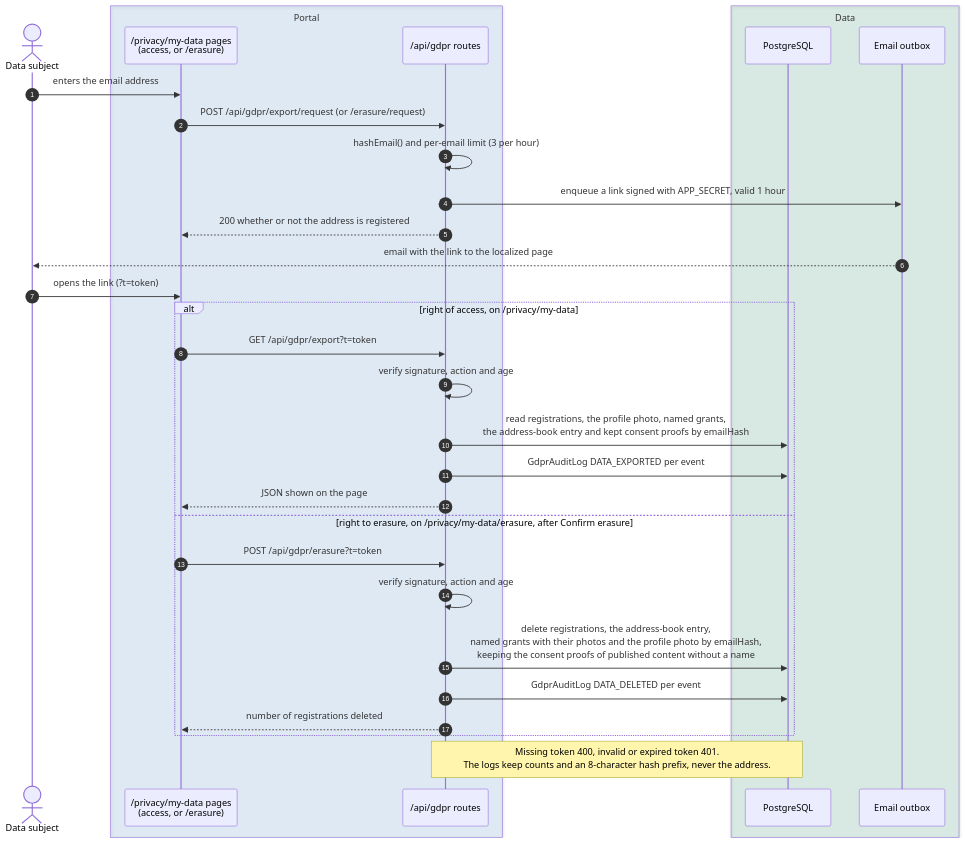
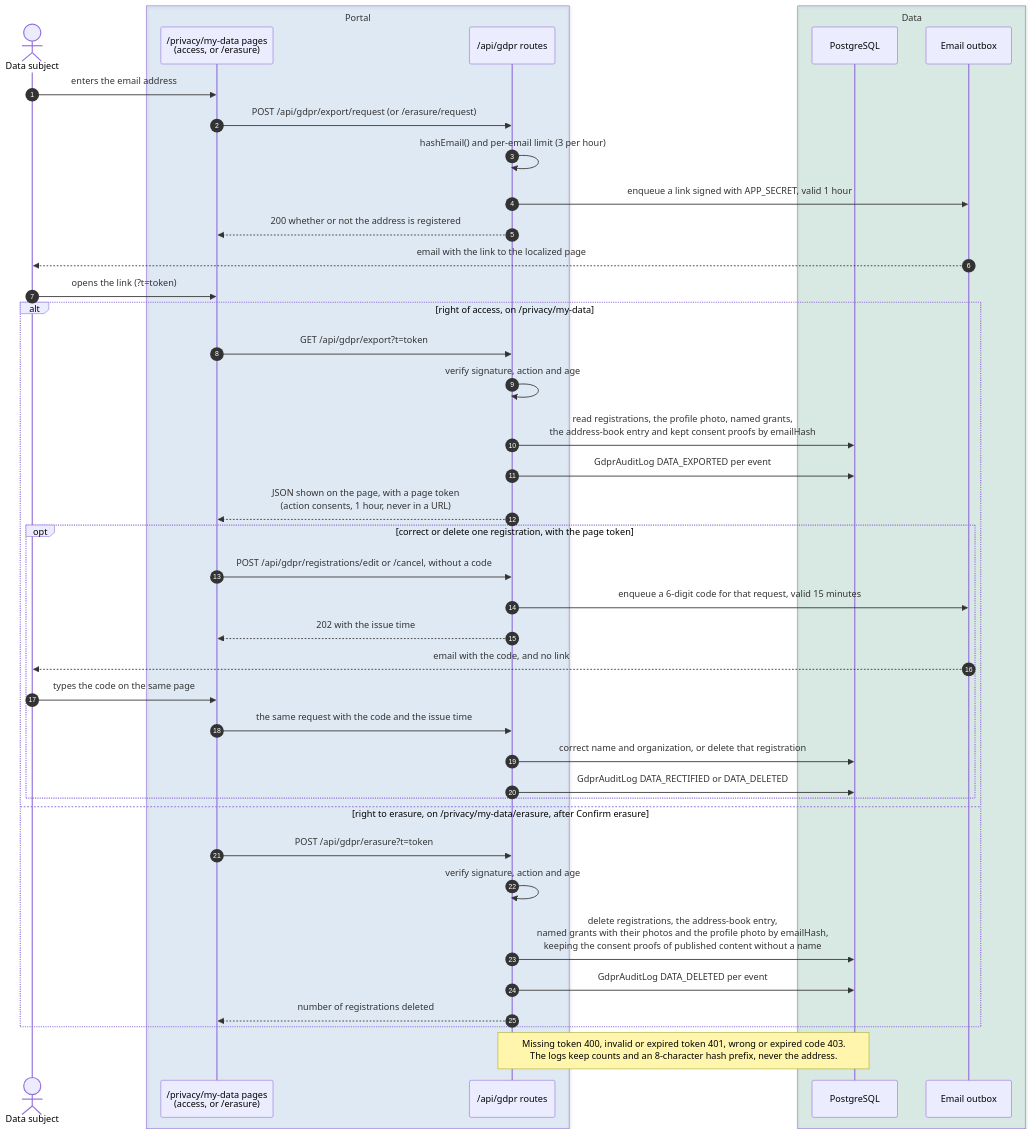
The third of 3 diagrams in docs/GDPR.md (italia/pa-webinar), drawn with Mermaid before and after one commit. The commit also changed other lines of this file and 7 other files, not shown here.

First line of the commit message:
docs(gdpr): document consents, corrections and deletions in My data

````diff
--- a/docs/GDPR.md
+++ b/docs/GDPR.md
@@ -410,35 +416,45 @@
 ```mermaid
 sequenceDiagram
   autonumber
   actor P as Data subject
   box rgba(0,102,204,0.10) Portal
     participant W as /privacy/my-data pages<br/>(access, or /erasure)
     participant API as /api/gdpr routes
   end
   box rgba(0,128,85,0.12) Data
     participant DB as PostgreSQL
     participant OB as Email outbox
   end
 
   P->>W: enters the email address
   W->>API: POST /api/gdpr/export/request (or /erasure/request)
   API->>API: hashEmail() and per-email limit (3 per hour)
   API->>OB: enqueue a link signed with APP_SECRET, valid 1 hour
   API-->>W: 200 whether or not the address is registered
   OB-->>P: email with the link to the localized page
   P->>W: opens the link (?t=token)
   alt right of access, on /privacy/my-data
     W->>API: GET /api/gdpr/export?t=token
     API->>API: verify signature, action and age
     API->>DB: read registrations, the profile photo, named grants,<br/>the address-book entry and kept consent proofs by emailHash
     API->>DB: GdprAuditLog DATA_EXPORTED per event
-    API-->>W: JSON shown on the page
+    API-->>W: JSON shown on the page, with a page token<br/>(action consents, 1 hour, never in a URL)
+    opt correct or delete one registration, with the page token
+      W->>API: POST /api/gdpr/registrations/edit or /cancel, without a code
+      API->>OB: enqueue a 6-digit code for that request, valid 15 minutes
+      API-->>W: 202 with the issue time
+      OB-->>P: email with the code, and no link
+      P->>W: types the code on the same page
+      W->>API: the same request with the code and the issue time
+      API->>DB: correct name and organization, or delete that registration
+      API->>DB: GdprAuditLog DATA_RECTIFIED or DATA_DELETED
+    end
   else right to erasure, on /privacy/my-data/erasure, after Confirm erasure
     W->>API: POST /api/gdpr/erasure?t=token
     API->>API: verify signature, action and age
     API->>DB: delete registrations, the address-book entry,<br/>named grants with their photos and the profile photo by emailHash,<br/>keeping the consent proofs of published content without a name
     API->>DB: GdprAuditLog DATA_DELETED per event
     API-->>W: number of registrations deleted
   end
-  Note over API,DB: Missing token 400, invalid or expired token 401.<br/>The logs keep counts and an 8-character hash prefix, never the address.
+  Note over API,DB: Missing token 400, invalid or expired token 401, wrong or expired code 403.<br/>The logs keep counts and an 8-character hash prefix, never the address.
 ```
````
